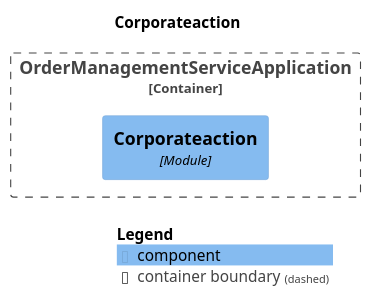
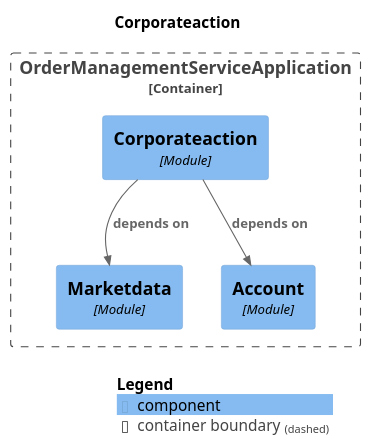
One commit to NosearY/order-management-service-reference-implementation changed the diagram in spring-modulith-docs/module-corporateaction.puml. Above: the diagram before and after it, drawn with PlantUML. The commit also changed 46 other files, not shown here.

```diff
--- a/spring-modulith-docs/module-corporateaction.puml
+++ b/spring-modulith-docs/module-corporateaction.puml
@@ -1,17 +1,21 @@
 @startuml
 set separator none
 title Corporateaction
 
 top to bottom direction
 
 !include <C4/C4>
 !include <C4/C4_Context>
 !include <C4/C4_Component>
 
 Container_Boundary("OrderManagementServiceApplication.OrderManagementServiceApplication_boundary", "OrderManagementServiceApplication", $tags="") {
   Component(OrderManagementServiceApplication.OrderManagementServiceApplication.Corporateaction, "Corporateaction", $techn="Module", $descr="", $tags="", $link="")
+  Component(OrderManagementServiceApplication.OrderManagementServiceApplication.Marketdata, "Marketdata", $techn="Module", $descr="", $tags="", $link="")
+  Component(OrderManagementServiceApplication.OrderManagementServiceApplication.Account, "Account", $techn="Module", $descr="", $tags="", $link="")
 }
 
+Rel(OrderManagementServiceApplication.OrderManagementServiceApplication.Corporateaction, OrderManagementServiceApplication.OrderManagementServiceApplication.Marketdata, "depends on", $techn="", $tags="", $link="")
+Rel(OrderManagementServiceApplication.OrderManagementServiceApplication.Corporateaction, OrderManagementServiceApplication.OrderManagementServiceApplication.Account, "depends on", $techn="", $tags="", $link="")
 
 SHOW_LEGEND(true)
 @enduml
```
